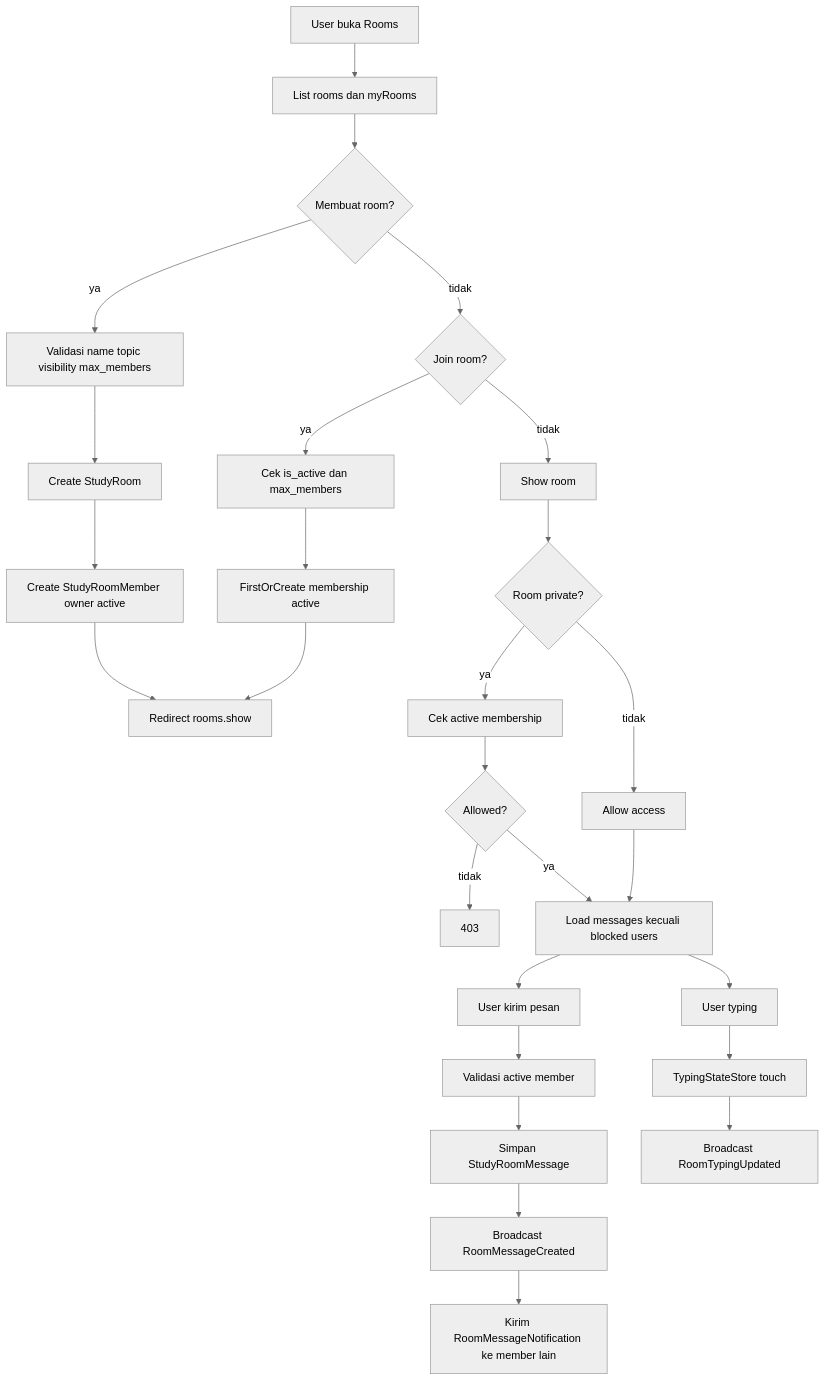
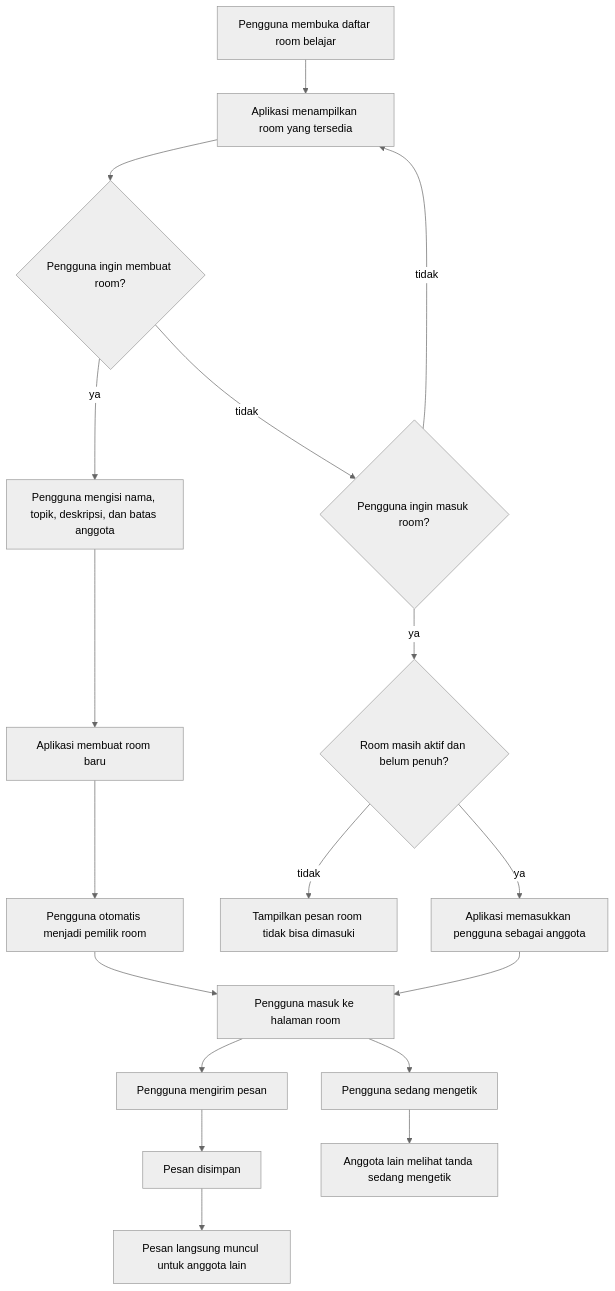
One commit to M-Aqilaz/Pelajarin.ai changed the sixth of 10 diagrams in DIAGRAM_REPOSITORY.md. Above: the diagram before and after it, drawn with Mermaid (neutral theme). The commit also changed other lines of this file, not shown here.

````diff
--- a/DIAGRAM_REPOSITORY.md
+++ b/DIAGRAM_REPOSITORY.md
@@ -321,29 +268,20 @@
 ```mermaid
 flowchart TD
-    A[User buka Rooms] --> B[List rooms dan myRooms]
-    B --> C{Membuat room?}
-    C -- ya --> D[Validasi name topic visibility max_members]
-    D --> E[Create StudyRoom]
-    E --> F[Create StudyRoomMember owner active]
-    F --> G[Redirect rooms.show]
-    C -- tidak --> H{Join room?}
-    H -- ya --> I[Cek is_active dan max_members]
-    I --> J[FirstOrCreate membership active]
-    J --> G
-    H -- tidak --> K[Show room]
-    K --> L{Room private?}
-    L -- ya --> M[Cek active membership]
-    L -- tidak --> N[Allow access]
-    M --> O{Allowed?}
-    O -- tidak --> P[403]
-    O -- ya --> Q[Load messages kecuali blocked users]
-    N --> Q
-    Q --> R[User kirim pesan]
-    R --> S[Validasi active member]
-    S --> T[Simpan StudyRoomMessage]
-    T --> U[Broadcast RoomMessageCreated]
-    U --> V[Kirim RoomMessageNotification ke member lain]
-    Q --> W[User typing]
-    W --> X[TypingStateStore touch]
-    X --> Y[Broadcast RoomTypingUpdated]
+    A[Pengguna membuka daftar room belajar] --> B[Aplikasi menampilkan room yang tersedia]
+    B --> C{Pengguna ingin membuat room?}
+    C -- ya --> D[Pengguna mengisi nama, topik, deskripsi, dan batas anggota]
+    D --> E[Aplikasi membuat room baru]
+    E --> F[Pengguna otomatis menjadi pemilik room]
+    F --> G[Pengguna masuk ke halaman room]
+    C -- tidak --> H{Pengguna ingin masuk room?}
+    H -- ya --> I{Room masih aktif dan belum penuh?}
+    I -- tidak --> J[Tampilkan pesan room tidak bisa dimasuki]
+    I -- ya --> K[Aplikasi memasukkan pengguna sebagai anggota]
+    K --> G
+    H -- tidak --> B
+    G --> L[Pengguna mengirim pesan]
+    L --> M[Pesan disimpan]
+    M --> N[Pesan langsung muncul untuk anggota lain]
+    G --> O[Pengguna sedang mengetik]
+    O --> P[Anggota lain melihat tanda sedang mengetik]
 ```
````
